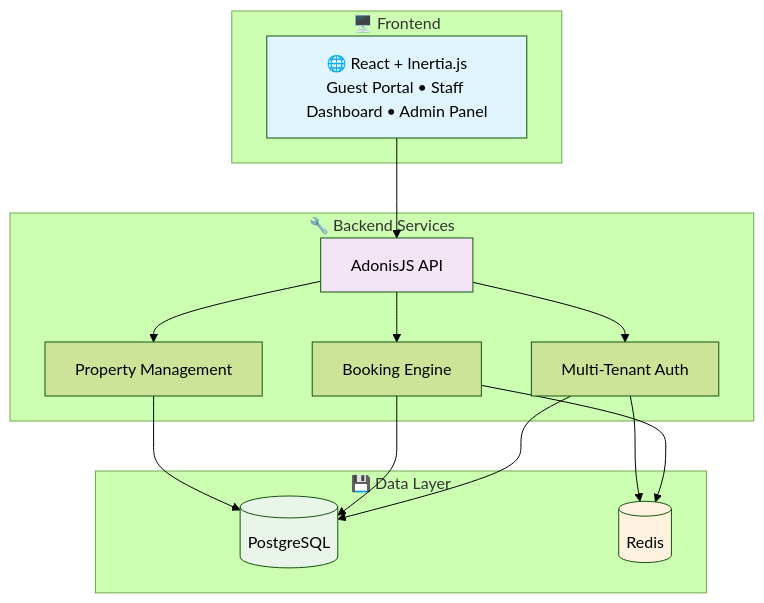
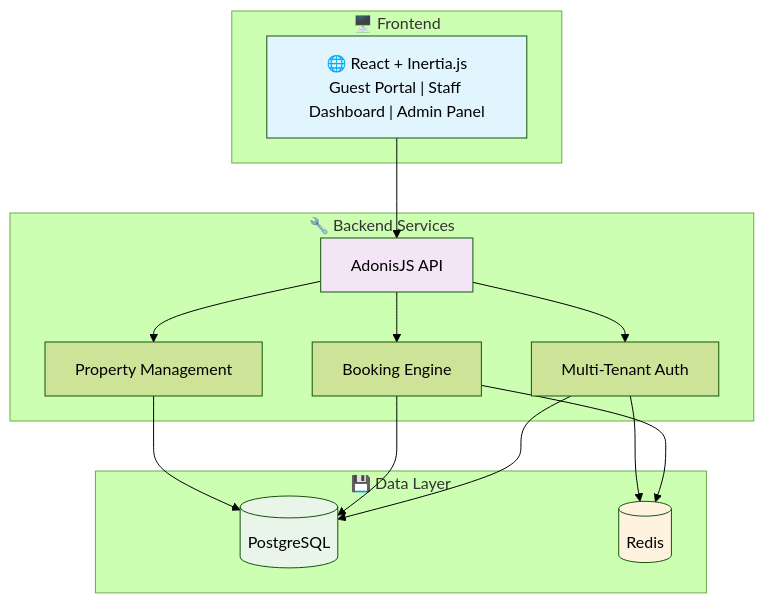
The first of 2 diagrams in README.md (gabrielmaialva33/innkeeper), drawn with Mermaid (forest theme) before and after one commit.

Commit message:
fix(docs): update UI diagram formatting in README.md - Replace bullets with pipes in Mermaid diagram for frontend components - Ensure consistent formatting across architecture diagrams - Improve readability and alignment in README.md

````diff
--- a/README.md
+++ b/README.md
@@ -44,35 +44,35 @@
 ```mermaid
 graph TB
     subgraph "🖥️ Frontend"
-        UI["🌐 React + Inertia.js<br/>Guest Portal • Staff Dashboard • Admin Panel"]
+        UI["🌐 React + Inertia.js<br/>Guest Portal | Staff Dashboard | Admin Panel"]
     end
 
     subgraph "🔧 Backend Services"
         API[AdonisJS API]
         AUTH[Multi-Tenant Auth]
         BOOKING[Booking Engine]
         PMS[Property Management]
     end
 
     subgraph "💾 Data Layer"
         DB[(PostgreSQL)]
         CACHE[(Redis)]
     end
 
     UI --> API
     API --> AUTH
     API --> BOOKING
     API --> PMS
 
     AUTH --> DB
     BOOKING --> DB
     PMS --> DB
 
     BOOKING --> CACHE
     AUTH --> CACHE
 
     style UI fill:#e1f5fe
     style API fill:#f3e5f5
     style DB fill:#e8f5e8
     style CACHE fill:#fff3e0
 ```
````
